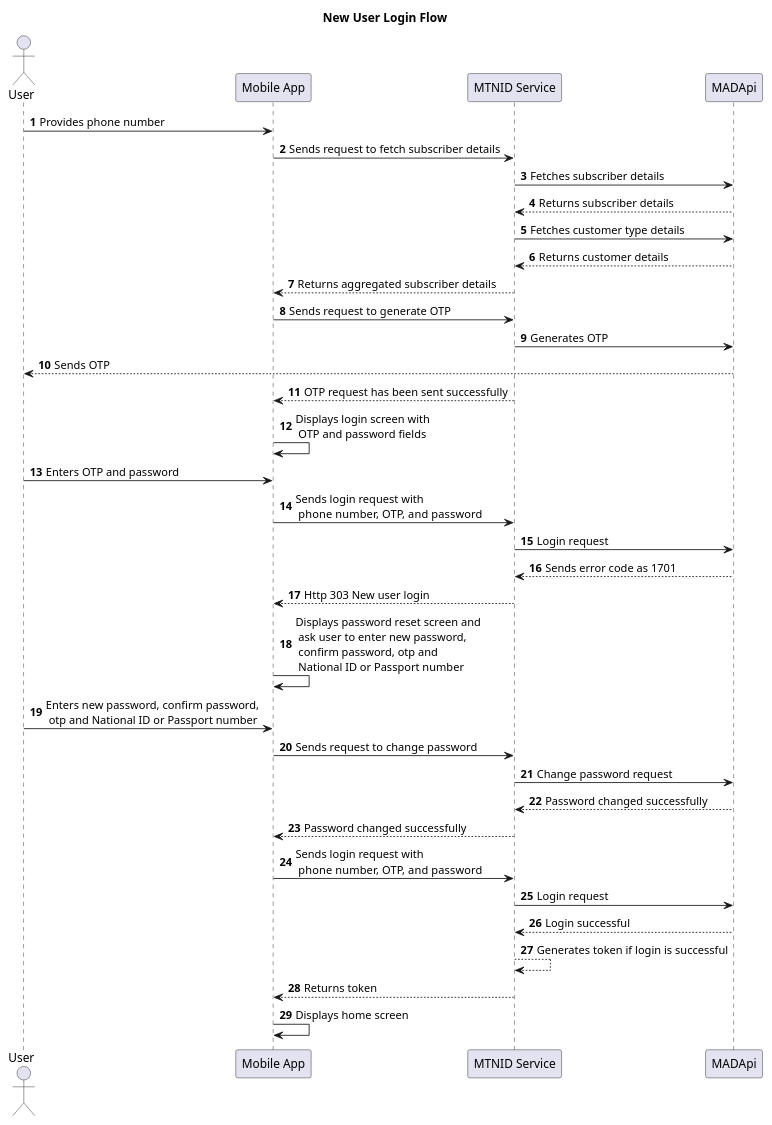
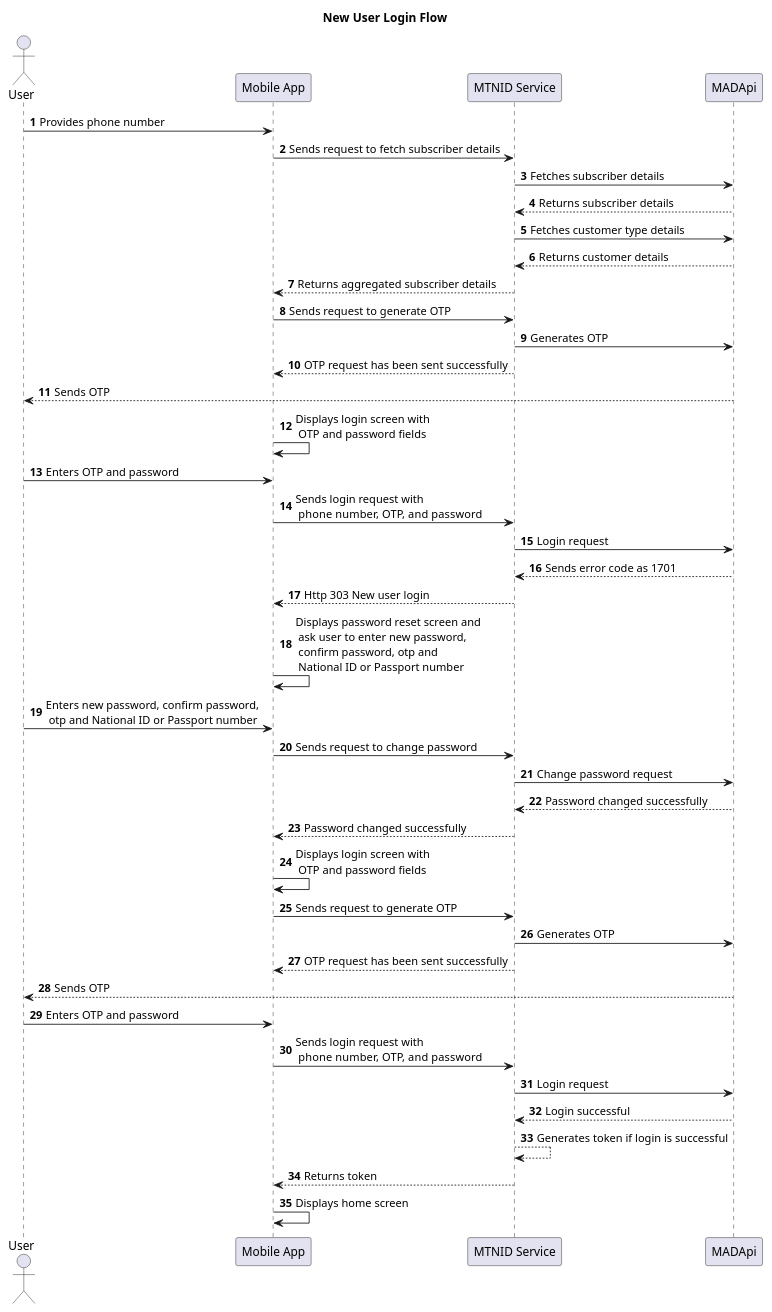
The diagram in Docs/new_user_login.puml (satyamvatstyagi/UserManagementService), drawn with PlantUML before and after one commit.

Commit message:
Update new user login flow

```diff
--- a/Docs/new_user_login.puml
+++ b/Docs/new_user_login.puml
@@ -1,42 +1,57 @@
 @startuml NewUserLoginFlow
 title New User Login Flow
 
 autonumber
 
 actor User
 participant "Mobile App" as App
 participant "MTNID Service" as Backend
 participant "MADApi" as MADApi
 
 User -> App: Provides phone number
+'Fetch subscriber details
 App -> Backend: Sends request to fetch subscriber details
 Backend -> MADApi: Fetches subscriber details
 MADApi --> Backend: Returns subscriber details
 Backend -> MADApi: Fetches customer type details
 MADApi --> Backend: Returns customer details
 Backend --> App: Returns aggregated subscriber details
 
+'Send OTP generation request
 App -> Backend: Sends request to generate OTP
 Backend -> MADApi: Generates OTP
+Backend --> App: OTP request has been sent successfully
 MADApi --> User: Sends OTP
-Backend --> App: OTP request has been sent successfully
 App -> App: Displays login screen with \n OTP and password fields
 
+'Send Login request
 User -> App: Enters OTP and password
 App -> Backend: Sends login request with \n phone number, OTP, and password
 Backend -> MADApi: Login request
 MADApi --> Backend: Sends error code as 1701
 Backend --> App: Http 303 New user login
+
+'Got 1701 error code, ask user to reset password
 App -> App: Displays password reset screen and \n ask user to enter new password,\n confirm password, otp and  \n National ID or Passport number
 User -> App: Enters new password, confirm password,\n otp and National ID or Passport number
 App -> Backend: Sends request to change password
 Backend -> MADApi: Change password request
 MADApi --> Backend: Password changed successfully
 Backend --> App: Password changed successfully
+
+'Login with new password
+App -> App: Displays login screen with \n OTP and password fields
+'Send OTP generation request
+App -> Backend: Sends request to generate OTP
+Backend -> MADApi: Generates OTP
+Backend --> App: OTP request has been sent successfully
+MADApi --> User: Sends OTP
+User -> App: Enters OTP and password
+'Login with new password
 App -> Backend: Sends login request with \n phone number, OTP, and password
 Backend -> MADApi: Login request
 MADApi --> Backend: Login successful
 Backend --> Backend: Generates token if login is successful
 Backend --> App: Returns token
 App -> App: Displays home screen
 @enduml
```
